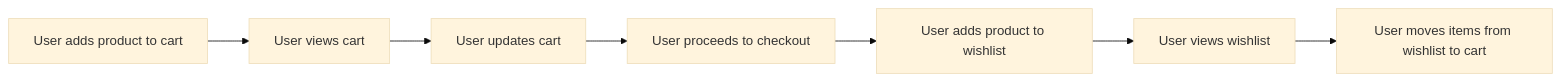
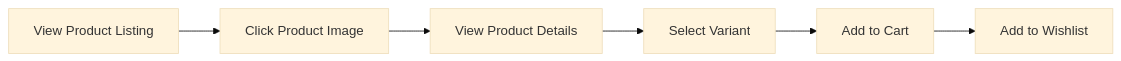
One commit to wrtnlabs/autobe-examples changed the fifth of 20 diagrams in mistralai/codestral-2508/shopping/docs/analysis/03-user-flows.md. Above: the diagram before and after it, drawn with Mermaid (base theme). The commit also changed other lines of this file and 7173 other files, not shown here.

````diff
--- a/mistralai/codestral-2508/shopping/docs/analysis/03-user-flows.md
+++ b/mistralai/codestral-2508/shopping/docs/analysis/03-user-flows.md
@@ -151,9 +57,8 @@
 ```mermaid
-flowchart LR
-    A["User adds product to cart"] --> B["User views cart"]
-    B --> C["User updates cart"]
-    C --> D["User proceeds to checkout"]
-    D --> E["User adds product to wishlist"]
-    E --> F["User views wishlist"]
-    F --> G["User moves items from wishlist to cart"]
+graph LR
+    A["View Product Listing"] --> B["Click Product Image"]
+    B --> C["View Product Details"]
+    C --> D["Select Variant"]
+    D --> E["Add to Cart"]
+    E --> F["Add to Wishlist"]
 ```
````
